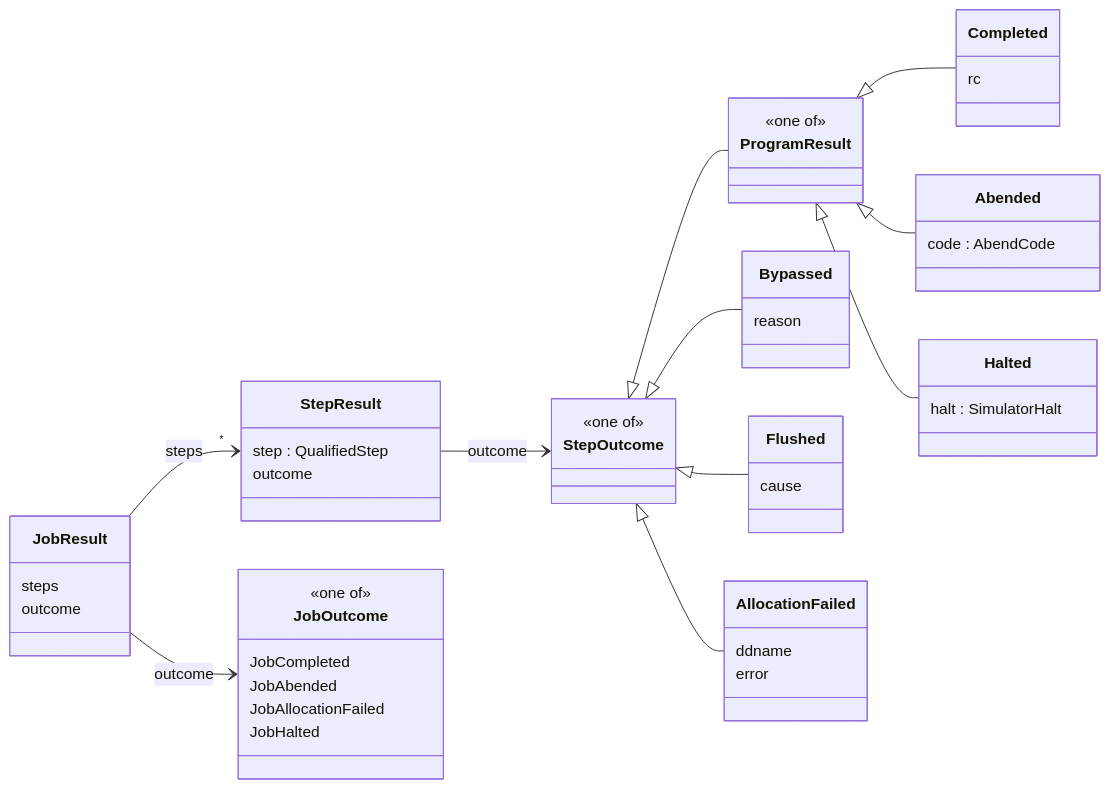
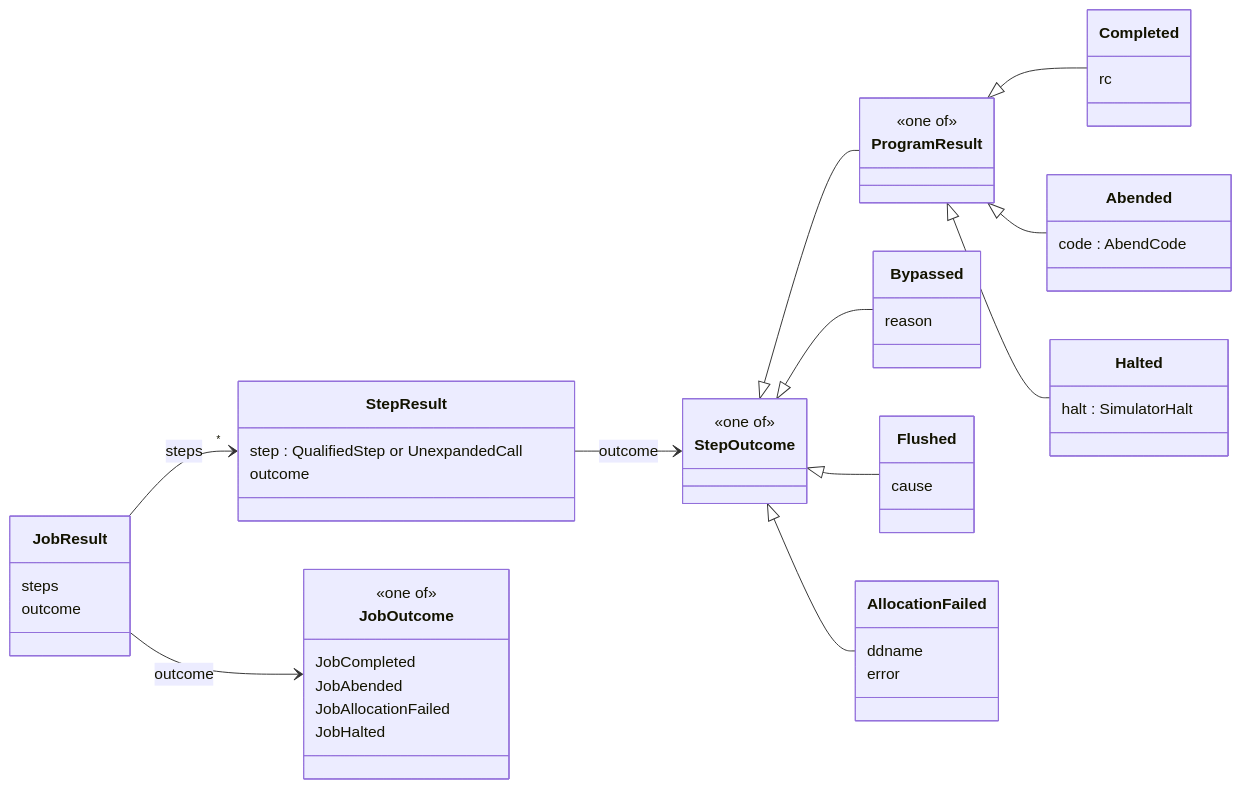
The third of 4 diagrams in docs/superpowers/specs/2026-10-10-jackal-job-level-domain-model-design.md (avishek-sen-gupta/red-dragon-forge), drawn with Mermaid before and after one commit. The commit also changed other lines of this file and 1 other file, not shown here.

````diff
--- a/docs/superpowers/specs/2026-10-10-jackal-job-level-domain-model-design.md
+++ b/docs/superpowers/specs/2026-10-10-jackal-job-level-domain-model-design.md
@@ -202,54 +222,54 @@
 ```mermaid
 classDiagram
   direction LR
   class JobResult {
     steps
     outcome
   }
   class StepResult {
-    step : QualifiedStep
+    step : QualifiedStep or UnexpandedCall
     outcome
   }
   class StepOutcome {
     <<one of>>
   }
   class ProgramResult {
     <<one of>>
   }
   class Completed {
     rc
   }
   class Abended {
     code : AbendCode
   }
   class Halted {
     halt : SimulatorHalt
   }
   class Bypassed {
     reason
   }
   class Flushed {
     cause
   }
   class AllocationFailed {
     ddname
     error
   }
   class JobOutcome {
     <<one of>>
     JobCompleted
     JobAbended
     JobAllocationFailed
     JobHalted
   }
   JobResult --> "*" StepResult : steps
   JobResult --> JobOutcome : outcome
   StepResult --> StepOutcome : outcome
   StepOutcome <|-- ProgramResult
   ProgramResult <|-- Completed
   ProgramResult <|-- Abended
   ProgramResult <|-- Halted
   StepOutcome <|-- Bypassed
   StepOutcome <|-- Flushed
   StepOutcome <|-- AllocationFailed
 ```
````
